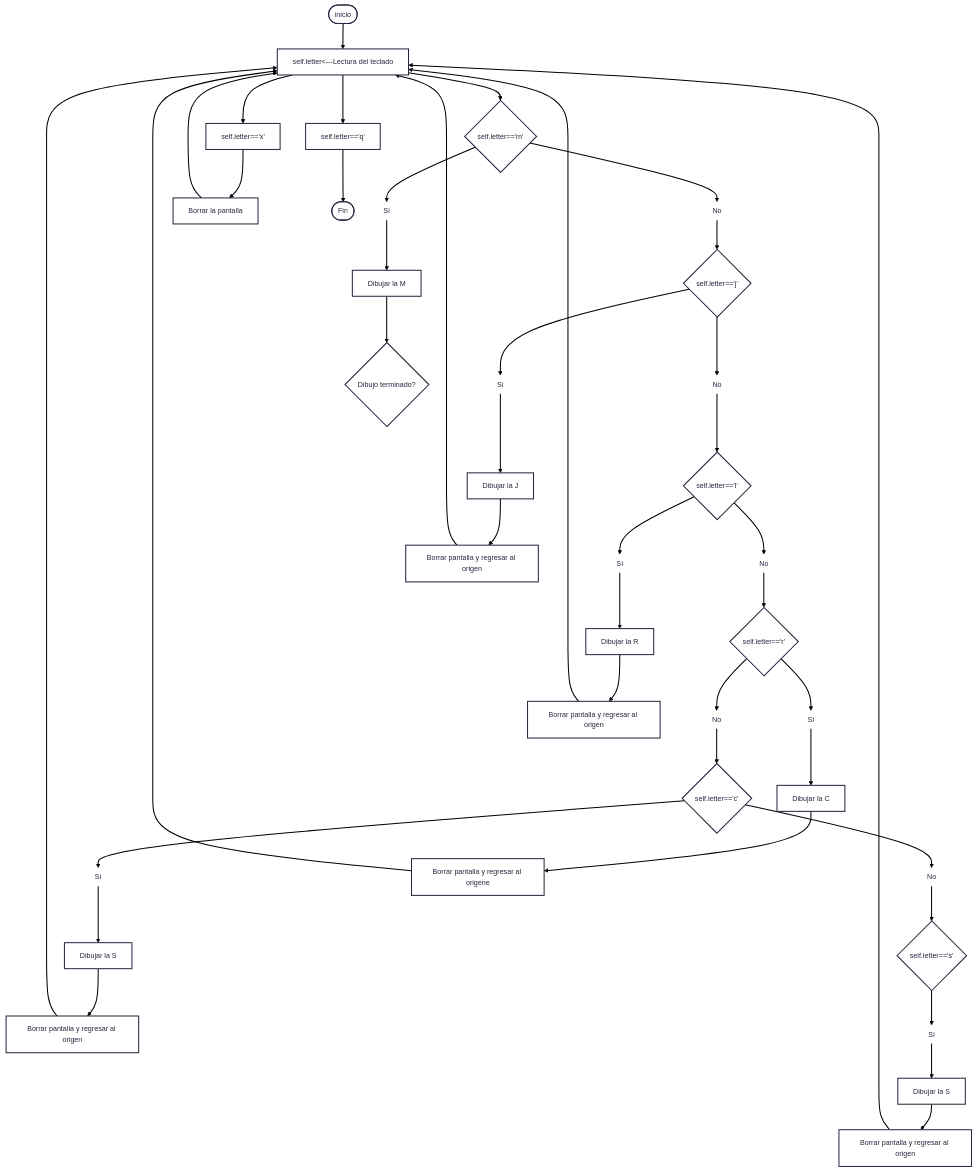
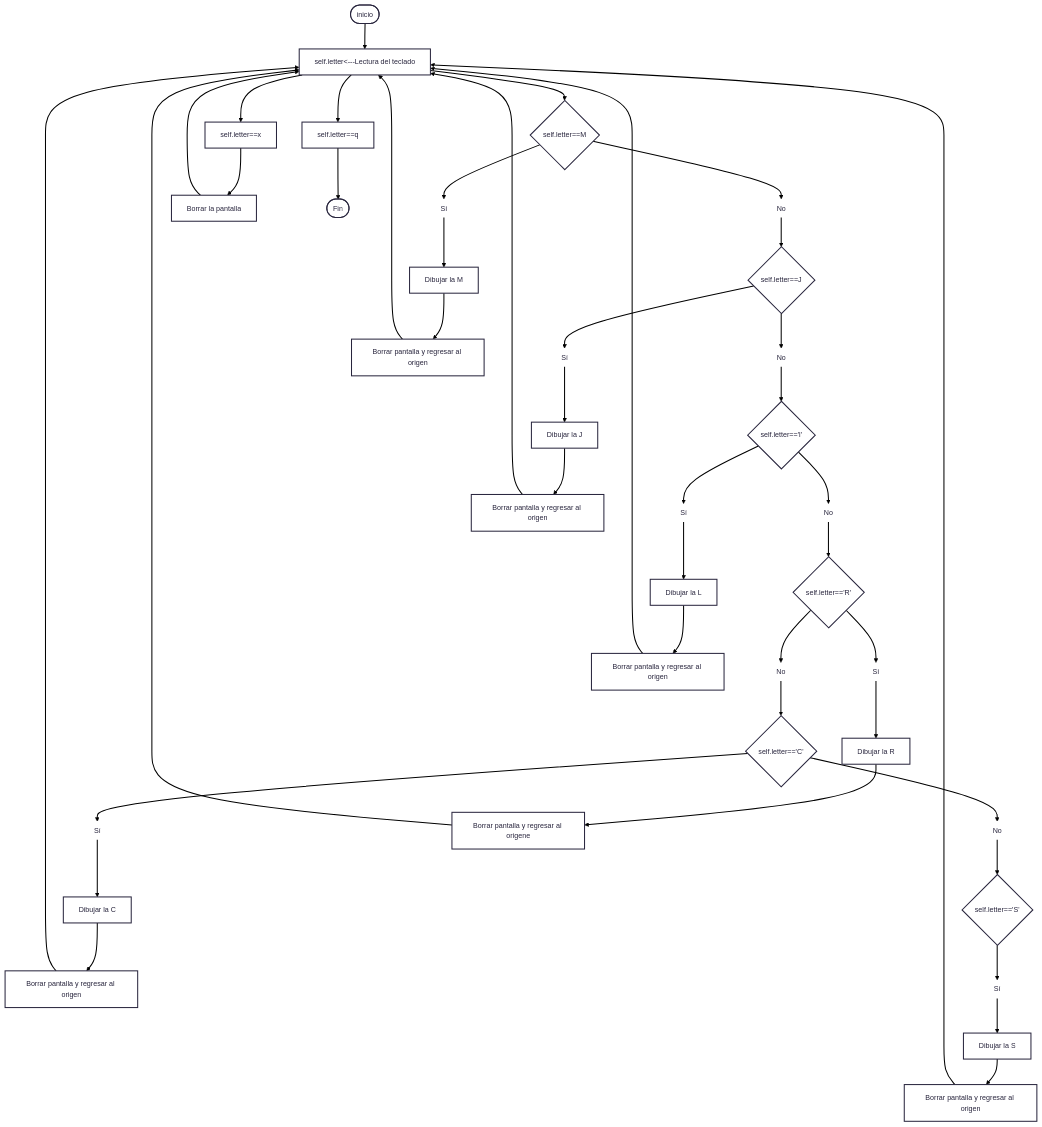
One commit to MrBrightside8/Laboratorio_No.01_Robotica_de_Desarrollo_Intro_a_ROS_2_Humble_Turtlesim changed the second of 2 diagrams in README.md. Above: the diagram before and after it, drawn with Mermaid.

````diff
--- a/README.md
+++ b/README.md
@@ -242,58 +242,59 @@
 ```mermaid
 ---
 config:
   theme: redux
 ---
 flowchart TD
     A(["inicio"]) --> n1["self.letter&lt;---Lectura del teclado"]
-    n1 --> B{"self.letter=='m'"} & n39["self.letter=='x'"] & n41["self.letter=='q'"]
+    n1 --> B{"self.letter==M"} & n39["self.letter==x"] & n41["self.letter==q"]
     B --> n2["Sí"] & n3["No"]
     n2 --> C["Dibujar la M"]
-    n3 --> n4["self.letter=='j'"]
+    n3 --> n4["self.letter==J"]
     n4 --> n7["Sí"] & n8["No"]
     n7 --> n18["Dibujar la J"]
     n8 --> n15@{ label: "self.letter=='l'" }
     n15 --> n9["Sí"] & n13["No"]
-    n9 --> n19["Dibujar la R"]
-    n13 --> n16@{ label: "self.letter=='r'" }
+    n9 --> n19["Dibujar la L"]
+    n13 --> n16@{ label: "self.letter=='R'" }
     n16 --> n10["Sí"] & n14["No"]
-    n10 --> n20["Dibujar la C"]
-    n14 --> n17@{ label: "self.letter=='c'" }
+    n10 --> n20["Dibujar la R"]
+    n14 --> n17@{ label: "self.letter=='C'" }
     n17 --> n11["Sí"] & n21["No"]
-    n11 --> n22["Dibujar la S"]
-    n21 --> n23@{ label: "self.letter=='s'" }
-    C --> n24["Dibujo terminado?"]
+    n11 --> n22["Dibujar la C"]
+    n21 --> n23@{ label: "self.letter=='S'" }
     n18 --> n31["Borrar pantalla y regresar al origen"]
     n31 --> n1
     n19 --> n32["Borrar pantalla y regresar al origen"]
     n32 --> n1
     n20 --> n33["Borrar pantalla y regresar al origene"]
     n33 --> n1
     n22 --> n34["Borrar pantalla y regresar al origen"]
     n34 --> n1
     n23 --> n35["Sí"]
     n35 --> n36["Dibujar la S"]
     n36 --> n37["Borrar pantalla y regresar al origen"]
     n37 --> n1
     n39 --> n40["Borrar la pantalla"]
     n40 --> n1
     n41 --> n42(["Fin"])
+    C --> n43["Borrar pantalla y regresar al origen"]
+    n43 --> n1
     n1@{ shape: rect}
     n2@{ shape: text}
     n3@{ shape: text}
     n4@{ shape: diam}
     n7@{ shape: text}
     n8@{ shape: text}
     n15@{ shape: diam}
     n9@{ shape: text}
     n13@{ shape: text}
     n16@{ shape: diam}
     n10@{ shape: text}
     n14@{ shape: text}
     n17@{ shape: diam}
     n11@{ shape: text}
     n21@{ shape: text}
     n23@{ shape: diam}
-    n24@{ shape: diam}
     n35@{ shape: text}
+
 ```
````
